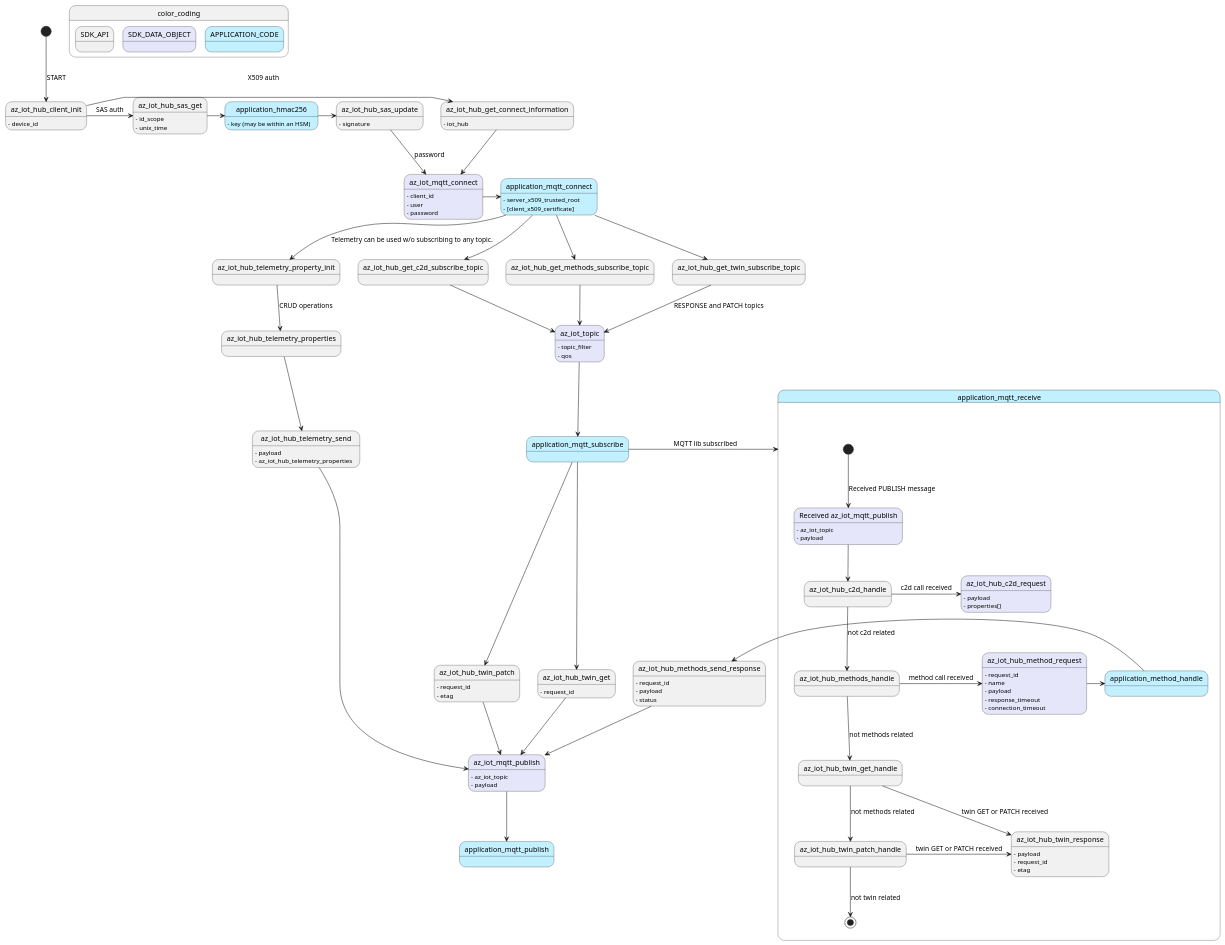
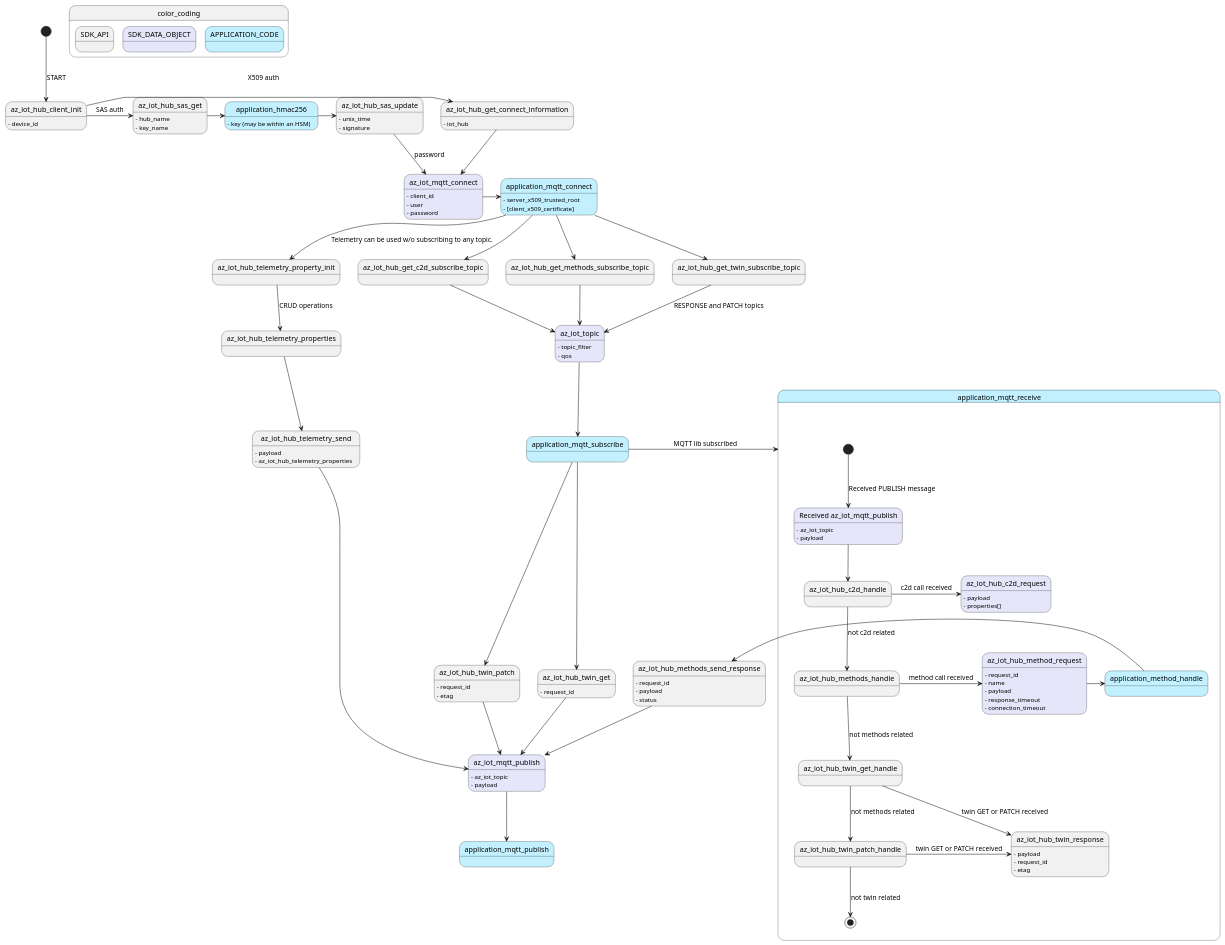
One commit to Azure/azure-sdk-for-c changed the diagram in sdk/iot/docs/iot_hub_flow.puml. Above: the diagram before and after it, drawn with PlantUML. The commit also changed 4 other files, not shown here.

```diff
--- a/sdk/iot/docs/iot_hub_flow.puml
+++ b/sdk/iot/docs/iot_hub_flow.puml
@@ -1,145 +1,146 @@
 @startuml
 
 skinparam state {
     BackgroundColor<<APP>> APPLICATION
     BackgroundColor<<STRUCT>> Lavender
 }
 
 state color_coding {
     state SDK_API
     state SDK_DATA_OBJECT <<STRUCT>>
     state APPLICATION_CODE <<APP>>
 }
 
 ' Init
 [*] --> az_iot_hub_client_init: START
 az_iot_hub_client_init -> az_iot_hub_get_connect_information : X509 auth
 az_iot_hub_get_connect_information -> az_iot_mqtt_connect
 az_iot_mqtt_connect -> application_mqtt_connect
 state application_mqtt_connect <<APP>>
 
 ' Optional SAS token generation:
 az_iot_hub_client_init -> az_iot_hub_sas_get : SAS auth
 az_iot_hub_sas_get -> application_hmac256
 application_hmac256 -> az_iot_hub_sas_update
 az_iot_hub_sas_update --> az_iot_mqtt_connect : password
 state application_hmac256 <<APP>>
 
 ' Telemetry
 application_mqtt_connect --> az_iot_hub_telemetry_property_init : Telemetry can be used w/o subscribing to any topic.
 az_iot_hub_telemetry_property_init --> az_iot_hub_telemetry_properties : CRUD operations
 az_iot_hub_telemetry_properties --> az_iot_hub_telemetry_send
 az_iot_hub_telemetry_send --> az_iot_mqtt_publish
 
 ' C2D
 application_mqtt_connect --> az_iot_hub_get_c2d_subscribe_topic
 az_iot_hub_get_c2d_subscribe_topic --> az_iot_topic
 
 ' Methods
 application_mqtt_connect --> az_iot_hub_get_methods_subscribe_topic
 az_iot_hub_get_methods_subscribe_topic --> az_iot_topic
 
 az_iot_hub_methods_send_response --> az_iot_mqtt_publish
 
 ' Twin
 application_mqtt_connect --> az_iot_hub_get_twin_subscribe_topic
 az_iot_hub_get_twin_subscribe_topic --> az_iot_topic : RESPONSE and PATCH topics
 
 application_mqtt_subscribe --> az_iot_hub_twin_get
 az_iot_hub_twin_get --> az_iot_mqtt_publish
 
 application_mqtt_subscribe --> az_iot_hub_twin_patch
 az_iot_hub_twin_patch --> az_iot_mqtt_publish
 
 ' Common subscribe
 az_iot_topic --> application_mqtt_subscribe
 state application_mqtt_subscribe <<APP>>
 application_mqtt_subscribe -> application_mqtt_receive : MQTT lib subscribed
 
 az_iot_mqtt_publish --> application_mqtt_publish
 state application_mqtt_publish <<APP>>
 
 state application_mqtt_receive <<APP>> { 
 ' Callback delegating handler:
     [*] --> recv_pub : Received PUBLISH message
     recv_pub --> az_iot_hub_c2d_handle
     az_iot_hub_c2d_handle --> az_iot_hub_methods_handle : not c2d related
     az_iot_hub_methods_handle --> az_iot_hub_twin_get_handle : not methods related
     az_iot_hub_twin_get_handle --> az_iot_hub_twin_patch_handle : not methods related
     az_iot_hub_twin_patch_handle --> [*] : not twin related
 
 ' C2D
     az_iot_hub_c2d_handle -> az_iot_hub_c2d_request : c2d call received
     
 ' Methods:
     az_iot_hub_methods_handle -> az_iot_hub_method_request : method call received
     az_iot_hub_method_request -> application_method_handle
     state application_method_handle <<APP>>
     application_method_handle -> az_iot_hub_methods_send_response
     
 ' Twin
     az_iot_hub_twin_get_handle -> az_iot_hub_twin_response : twin GET or PATCH received
     az_iot_hub_twin_patch_handle -> az_iot_hub_twin_response : twin GET or PATCH received
 }
 
 ' Common MQTT data objects
 state az_iot_mqtt_connect <<STRUCT>>
 az_iot_mqtt_connect : - client_id
 az_iot_mqtt_connect : - user
 az_iot_mqtt_connect : - password
 
 state az_iot_topic <<STRUCT>>
 az_iot_topic : - topic_filter
 az_iot_topic : - qos
 
 state az_iot_mqtt_publish <<STRUCT>>
 az_iot_mqtt_publish : - az_iot_topic
 az_iot_mqtt_publish : - payload
 
 ' Just for diagram purposes:
 state "Received az_iot_mqtt_publish" as recv_pub <<STRUCT>>
 recv_pub : - az_iot_topic
 recv_pub : - payload
 
 ' IoT Hub client:
 az_iot_hub_client_init : - device_id
 
 az_iot_hub_get_connect_information : - iot_hub
 
 ' SAS Tokens
-az_iot_hub_sas_get : - id_scope
-az_iot_hub_sas_get : - unix_time
+az_iot_hub_sas_get : - hub_name
+az_iot_hub_sas_get : - key_name
+az_iot_hub_sas_update : - unix_time
 az_iot_hub_sas_update : - signature
 
 az_iot_hub_telemetry_send : - payload
 az_iot_hub_telemetry_send : - az_iot_hub_telemetry_properties
 
 state az_iot_hub_method_request <<STRUCT>>
 az_iot_hub_method_request: - request_id
 az_iot_hub_method_request: - name
 az_iot_hub_method_request: - payload
 az_iot_hub_method_request: - response_timeout
 az_iot_hub_method_request: - connection_timeout
 az_iot_hub_methods_send_response : - request_id
 az_iot_hub_methods_send_response : - payload
 az_iot_hub_methods_send_response : - status
 
 state az_iot_hub_c2d_request <<STRUCT>>
 az_iot_hub_c2d_request : - payload
 az_iot_hub_c2d_request : - properties[]
 
 az_iot_hub_twin_get : - request_id
 
 az_iot_hub_twin_patch : - request_id
 az_iot_hub_twin_patch : - etag
 
 az_iot_hub_twin_response : - payload
 az_iot_hub_twin_response : - request_id
 az_iot_hub_twin_response : - etag
 
 ' Application interfaces
 application_mqtt_connect : - server_x509_trusted_root
 application_mqtt_connect : - [client_x509_certificate]
 application_hmac256 : - key (may be within an HSM)
 
 @enduml
```
